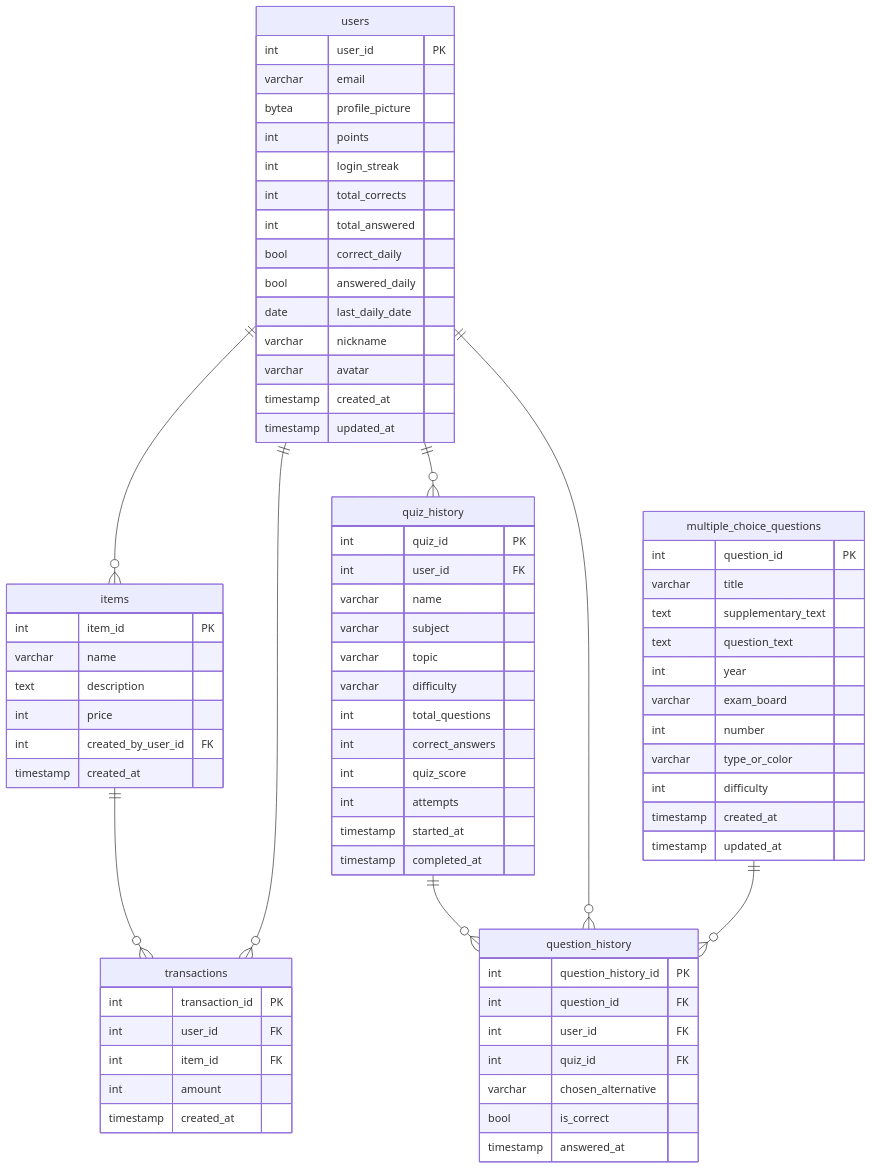
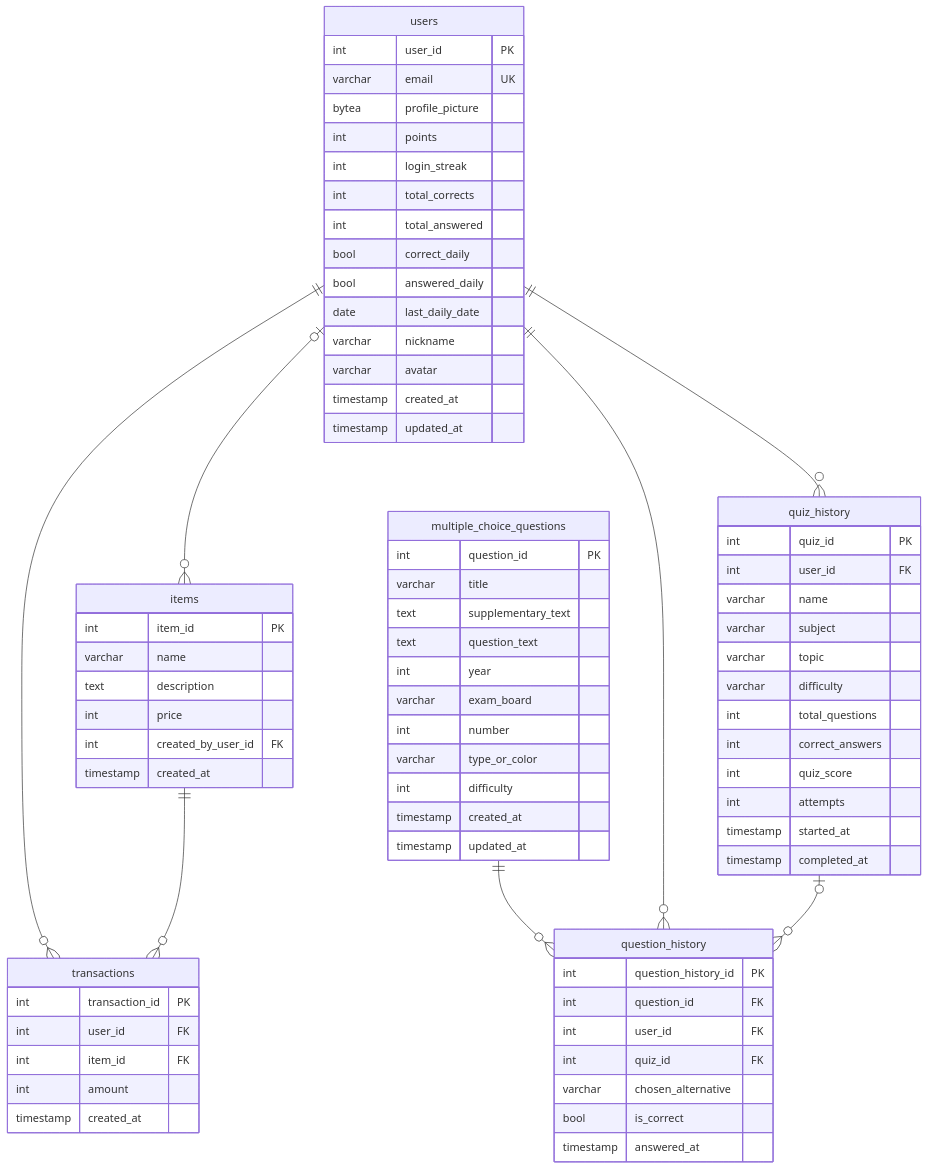
One commit to IthaloCavalcante/ifvest-docs changed the sixth of 9 diagrams in docs/modelo-de-dados.md. Above: the diagram before and after it, drawn with Mermaid. The commit also changed other lines of this file and 17 other files, not shown here.

````diff
--- a/docs/modelo-de-dados.md
+++ b/docs/modelo-de-dados.md
@@ -230,77 +235,77 @@
 ```mermaid
 erDiagram
     items {
         int item_id PK
         varchar name
         text description
         int price
         int created_by_user_id FK
         timestamp created_at
     }
     multiple_choice_questions {
         int question_id PK
         varchar title
         text supplementary_text
         text question_text
         int year
         varchar exam_board
         int number
         varchar type_or_color
         int difficulty
         timestamp created_at
         timestamp updated_at
     }
     question_history {
         int question_history_id PK
         int question_id FK
         int user_id FK
         int quiz_id FK
         varchar chosen_alternative
         bool is_correct
         timestamp answered_at
     }
     quiz_history {
         int quiz_id PK
         int user_id FK
         varchar name
         varchar subject
         varchar topic
         varchar difficulty
         int total_questions
         int correct_answers
         int quiz_score
         int attempts
         timestamp started_at
         timestamp completed_at
     }
     transactions {
         int transaction_id PK
         int user_id FK
         int item_id FK
         int amount
         timestamp created_at
     }
     users {
         int user_id PK
-        varchar email
+        varchar email UK
         bytea profile_picture
         int points
         int login_streak
         int total_corrects
         int total_answered
         bool correct_daily
         bool answered_daily
         date last_daily_date
         varchar nickname
         varchar avatar
         timestamp created_at
         timestamp updated_at
     }
-    users ||--o{ items : ""
-    quiz_history ||--o{ question_history : ""
+    users |o--o{ items : ""
+    multiple_choice_questions ||--o{ question_history : ""
     users ||--o{ question_history : ""
-    multiple_choice_questions ||--o{ question_history : ""
+    quiz_history |o--o{ question_history : ""
     users ||--o{ quiz_history : ""
+    users ||--o{ transactions : ""
     items ||--o{ transactions : ""
-    users ||--o{ transactions : ""
 ```
````
